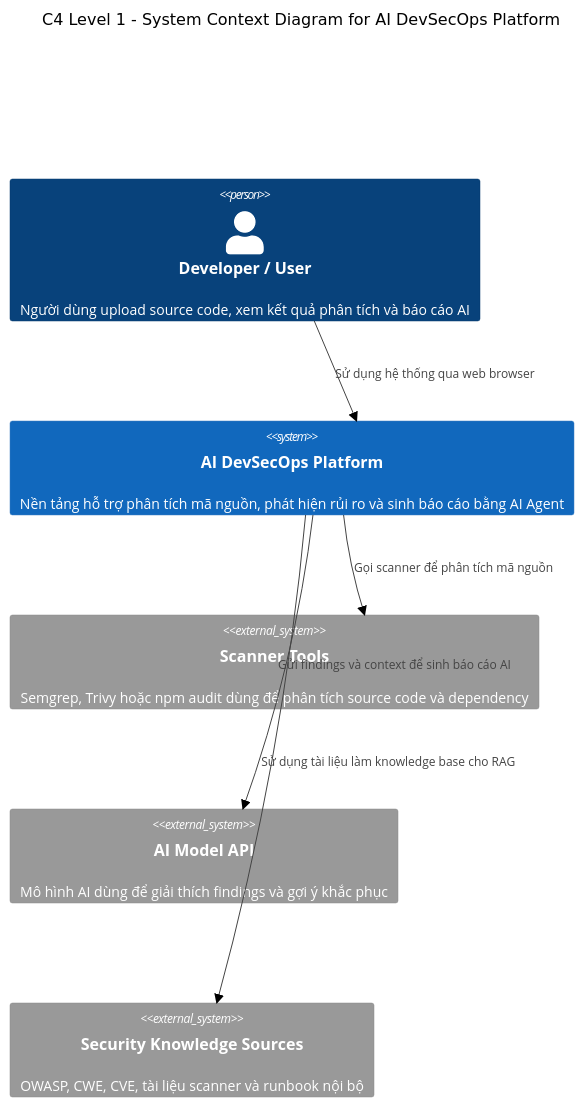
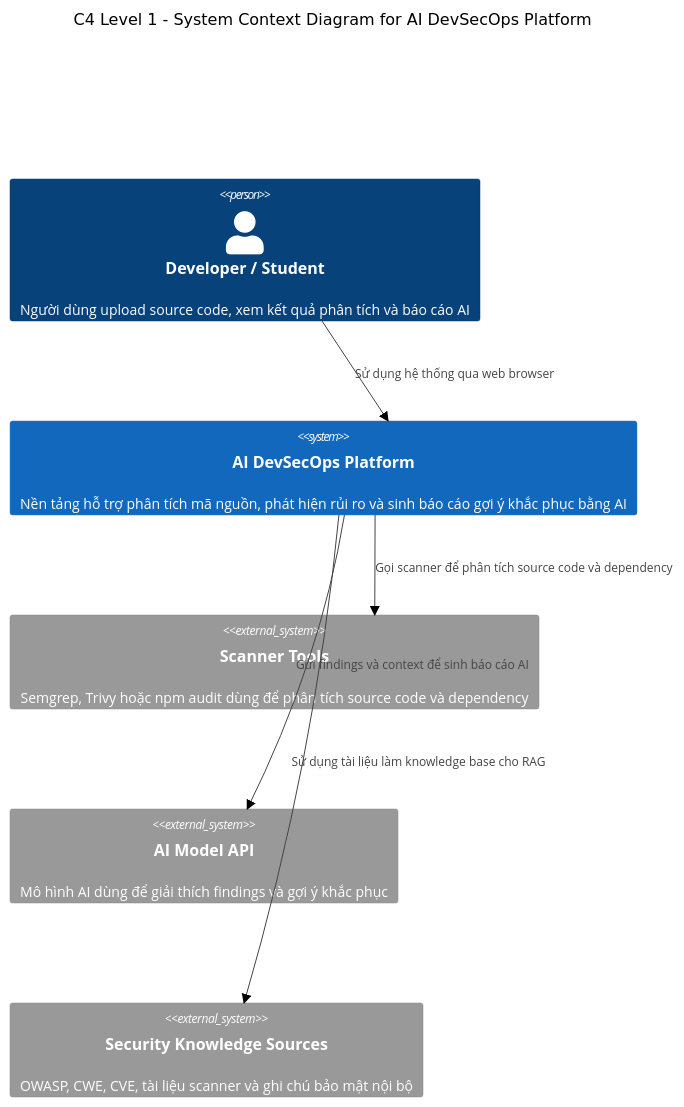
Before and after one commit to Cozgg/ai-devsecops-platform: the first of 3 diagrams in docs/C4.md, drawn with Mermaid (forest theme). The commit also changed other lines of this file, not shown here.

First line of the commit message:
Revise C4 diagrams for AI DevSecOps Platform

````diff
--- a/docs/C4.md
+++ b/docs/C4.md
@@ -3,19 +3,17 @@
 ```mermaid
-
 C4Context
   title C4 Level 1 - System Context Diagram for AI DevSecOps Platform
-  
-  Person(user, "Developer / User", "Người dùng upload source code, xem kết quả phân tích và báo cáo AI")
-  
-  System(platform, "AI DevSecOps Platform", "Nền tảng hỗ trợ phân tích mã nguồn, phát hiện rủi ro và sinh báo cáo bằng AI Agent")
-  
+
+  Person(user, "Developer / Student", "Người dùng upload source code, xem kết quả phân tích và báo cáo AI")
+
+  System(platform, "AI DevSecOps Platform", "Nền tảng hỗ trợ phân tích mã nguồn, phát hiện rủi ro và sinh báo cáo gợi ý khắc phục bằng AI")
+
   System_Ext(scannerTools, "Scanner Tools", "Semgrep, Trivy hoặc npm audit dùng để phân tích source code và dependency")
   System_Ext(llmApi, "AI Model API", "Mô hình AI dùng để giải thích findings và gợi ý khắc phục")
-  System_Ext(securityDocs, "Security Knowledge Sources", "OWASP, CWE, CVE, tài liệu scanner và runbook nội bộ")
-  
+  System_Ext(securityDocs, "Security Knowledge Sources", "OWASP, CWE, CVE, tài liệu scanner và ghi chú bảo mật nội bộ")
+
   Rel(user, platform, "Sử dụng hệ thống qua web browser")
-  Rel(platform, scannerTools, "Gọi scanner để phân tích mã nguồn")
+  Rel(platform, scannerTools, "Gọi scanner để phân tích source code và dependency")
   Rel(platform, llmApi, "Gửi findings và context để sinh báo cáo AI")
   Rel(platform, securityDocs, "Sử dụng tài liệu làm knowledge base cho RAG")
-
 ```
````
